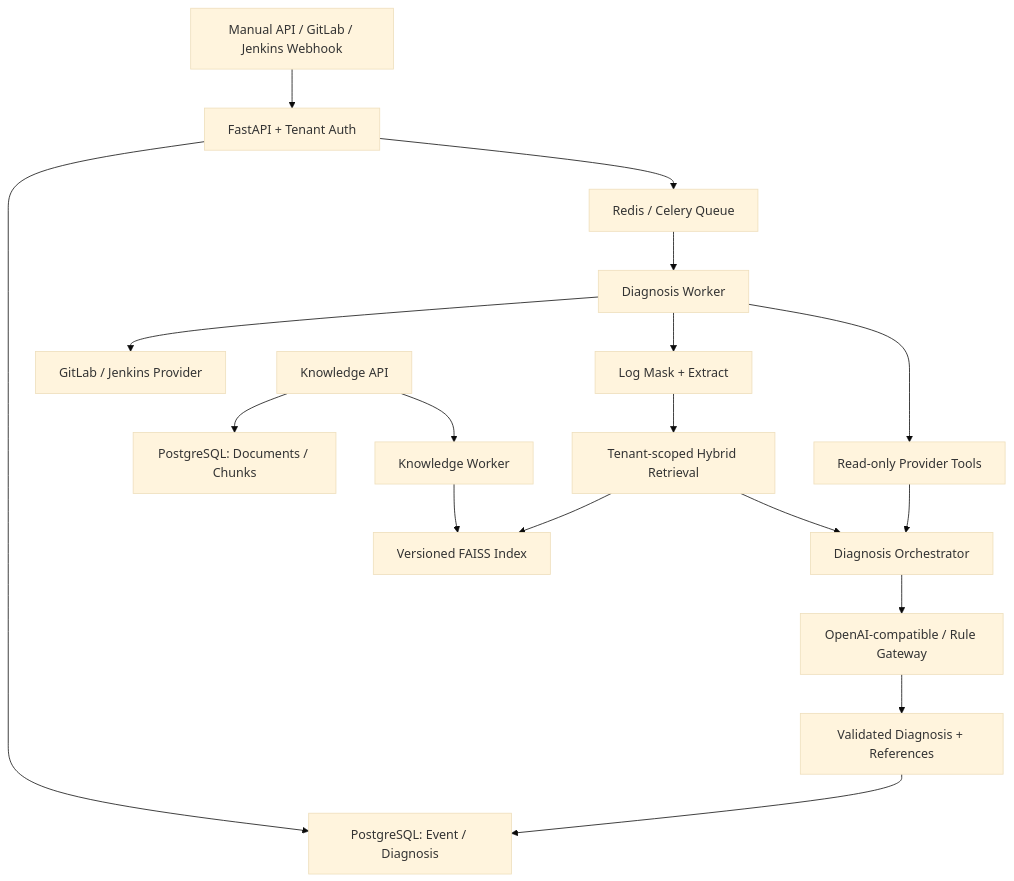
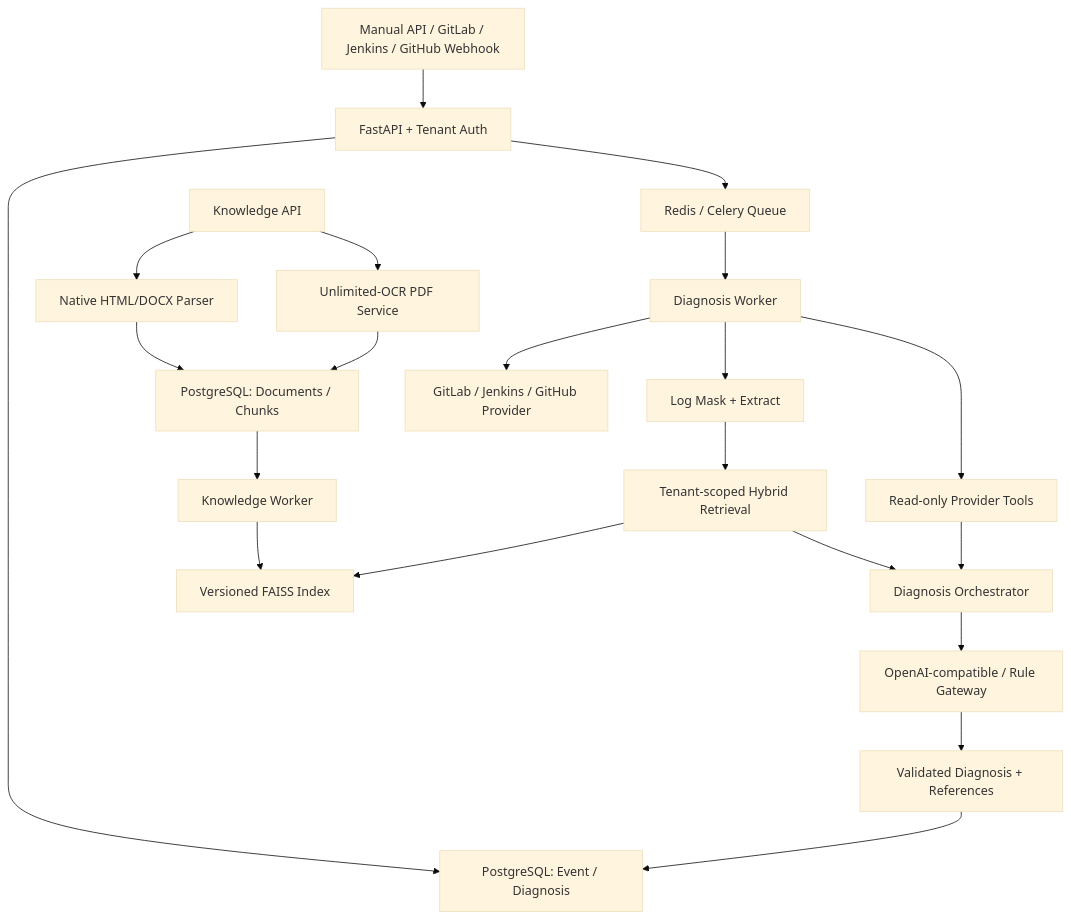
Before and after one commit to goblinM/ci-assistant-platform: the diagram in README.md, drawn with Mermaid (base theme). The commit also changed other lines of this file and 27 other files, not shown here.

Commit message:
feat: add Unlimited OCR document parsing

````diff
--- a/README.md
+++ b/README.md
@@ -37,21 +37,24 @@
 ```mermaid
 flowchart TD
-    A["Manual API / GitLab / Jenkins Webhook"] --> B["FastAPI + Tenant Auth"]
+    A["Manual API / GitLab / Jenkins / GitHub Webhook"] --> B["FastAPI + Tenant Auth"]
     B --> C["PostgreSQL: Event / Diagnosis"]
     B --> D["Redis / Celery Queue"]
     D --> E["Diagnosis Worker"]
-    E --> F["GitLab / Jenkins Provider"]
+    E --> F["GitLab / Jenkins / GitHub Provider"]
     E --> G["Log Mask + Extract"]
     G --> H["Tenant-scoped Hybrid Retrieval"]
     H --> I["Versioned FAISS Index"]
     E --> J["Read-only Provider Tools"]
     H --> K["Diagnosis Orchestrator"]
     J --> K
     K --> L["OpenAI-compatible / Rule Gateway"]
     L --> M["Validated Diagnosis + References"]
     M --> C
 
-    N["Knowledge API"] --> O["PostgreSQL: Documents / Chunks"]
-    N --> P["Knowledge Worker"]
-    P --> I
+    N["Knowledge API"] --> O["Native HTML/DOCX Parser"]
+    N --> P["Unlimited-OCR PDF Service"]
+    O --> Q["PostgreSQL: Documents / Chunks"]
+    P --> Q
+    Q --> R["Knowledge Worker"]
+    R --> I
 ```
````
